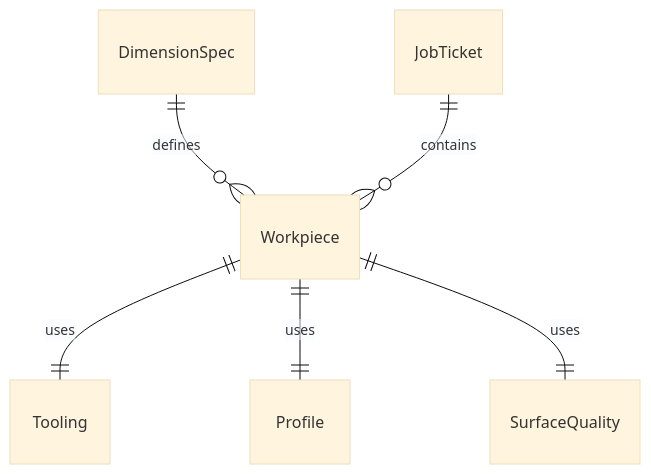
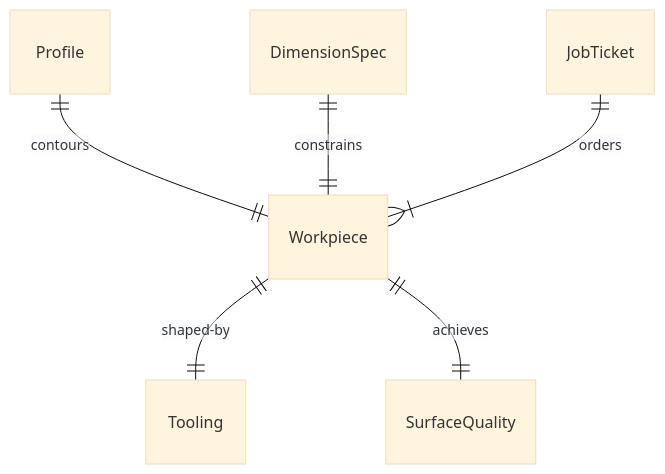
One commit to dot-org-ai/tasks.org.ai changed the first of 4 diagrams in HandlingAndMovingObjects/ShapeMaterialsToCreateProducts/ShapeSurfacesEdgesWoodWorkpieces.mdx. Above: the diagram before and after it, drawn with Mermaid (base theme). The commit also changed other lines of this file and 515 other files, not shown here.

````diff
--- a/HandlingAndMovingObjects/ShapeMaterialsToCreateProducts/ShapeSurfacesEdgesWoodWorkpieces.mdx
+++ b/HandlingAndMovingObjects/ShapeMaterialsToCreateProducts/ShapeSurfacesEdgesWoodWorkpieces.mdx
@@ -88,8 +88,8 @@
 ```mermaid
 erDiagram
-    Workpiece ||--|| Tooling : "uses"
-    Workpiece ||--|| Profile : "uses"
-    DimensionSpec ||--o{ Workpiece : "defines"
-    Workpiece ||--|| SurfaceQuality : "uses"
-    JobTicket ||--o{ Workpiece : "contains"
+    Workpiece ||--|| Tooling : "shaped-by"
+    Profile ||--|| Workpiece : "contours"
+    DimensionSpec ||--|| Workpiece : "constrains"
+    Workpiece ||--|| SurfaceQuality : "achieves"
+    JobTicket ||--|{ Workpiece : "orders"
 ```
````
